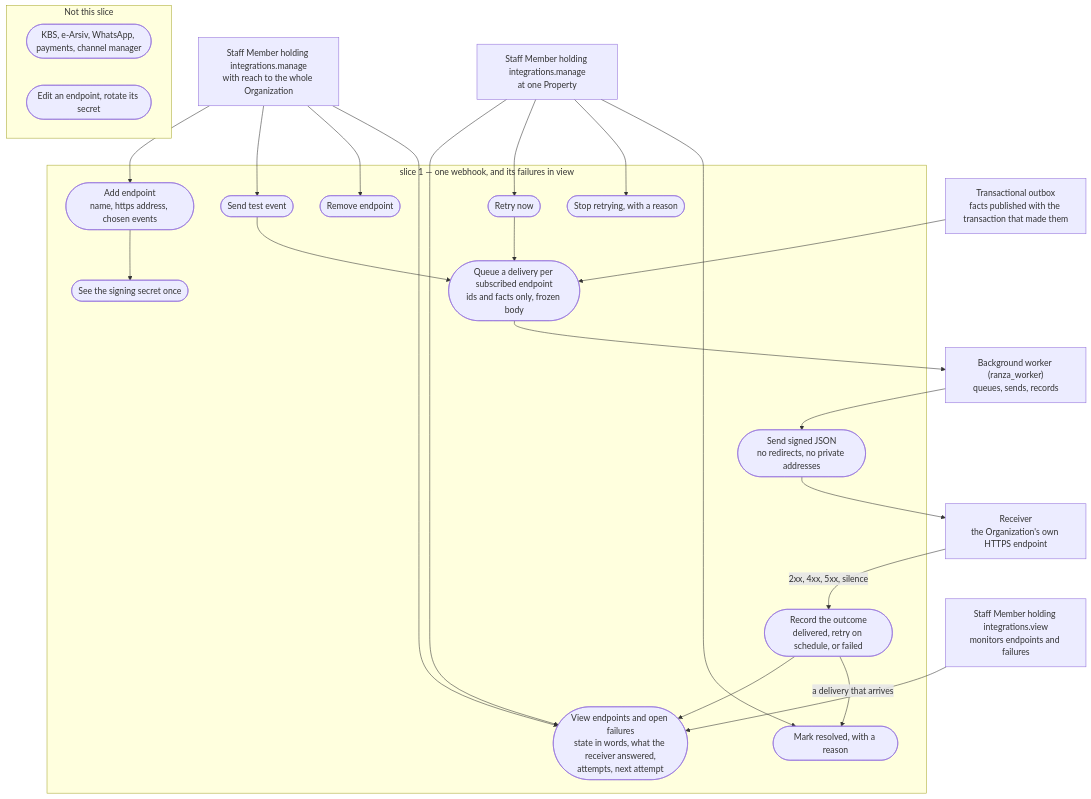
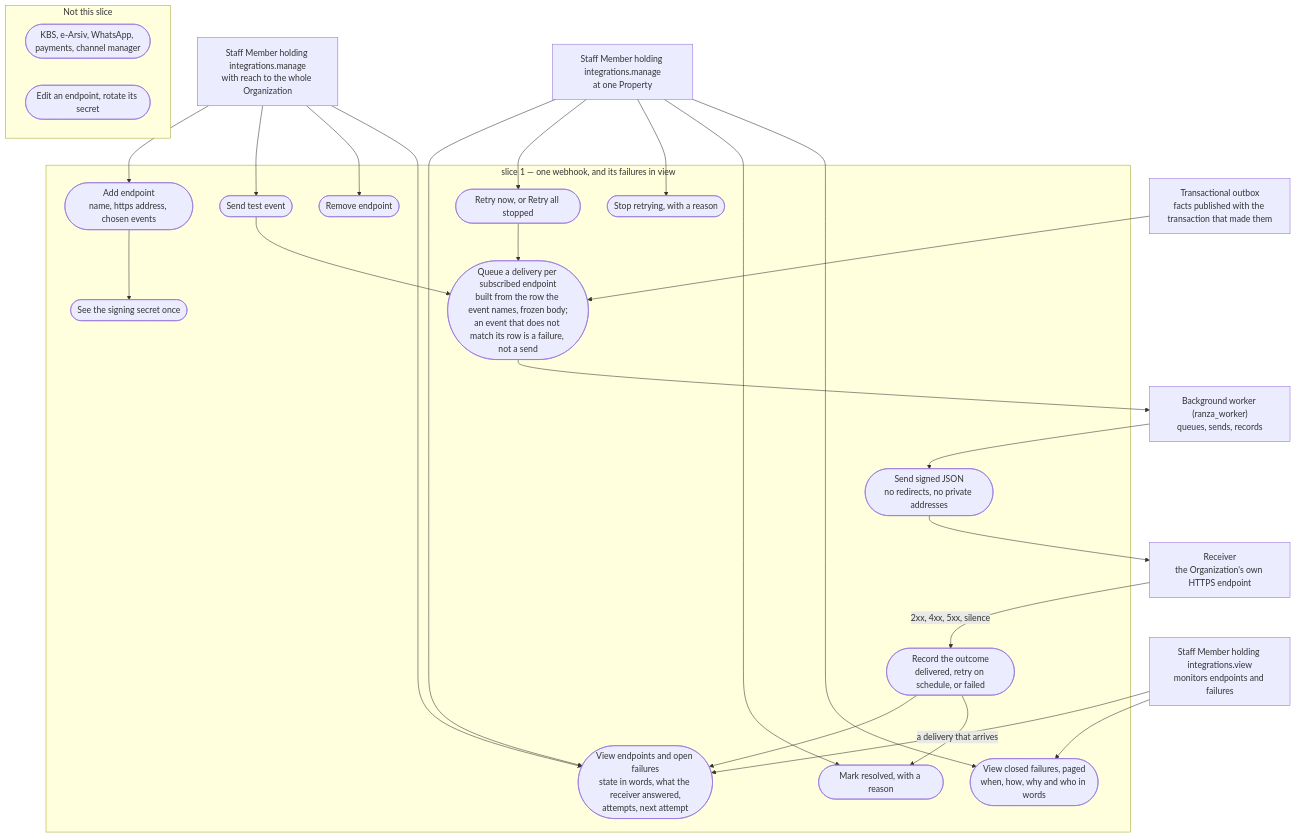
One commit to prizic/ranza changed the diagram in docs/features/integrations/use-case.mmd. Above: the diagram before and after it, drawn with Mermaid. The commit also changed 7 other files, not shown here.

```diff
--- a/docs/features/integrations/use-case.mmd
+++ b/docs/features/integrations/use-case.mmd
@@ -1,53 +1,56 @@
 %% Slices decide implementation order:
 %%   s1 one integration, an outbound webhook: register an endpoint, deliver signed events, show failures, retry
 %%   s2 not built: other connectors (INT-DEF-05), an endpoint per Property (INT-DEF-06), editing and rotating (INT-DEF-01/02)
 %% Refusals and contention are test cases, not use cases: they are rows in edge-cases.csv.
 %% State transitions are in states.mmd.
 flowchart TD
 
   MANAGER["Staff Member holding integrations.manage<br/>with reach to the whole Organization"]
   PROPERTY_MANAGER["Staff Member holding integrations.manage<br/>at one Property"]
   VIEWER["Staff Member holding integrations.view<br/>monitors endpoints and failures"]
   OUTBOX["Transactional outbox<br/>facts published with the transaction that made them"]
   WORKER["Background worker (ranza_worker)<br/>queues, sends, records"]
   RECEIVER["Receiver<br/>the Organization's own HTTPS endpoint"]
 
   subgraph S1["slice 1 &mdash; one webhook, and its failures in view"]
     REGISTER(["Add endpoint<br/>name, https address, chosen events"])
     SECRET(["See the signing secret once"])
     TEST(["Send test event"])
     REMOVE(["Remove endpoint"])
     LIST(["View endpoints and open failures<br/>state in words, what the receiver answered,<br/>attempts, next attempt"])
-    QUEUE(["Queue a delivery per subscribed endpoint<br/>ids and facts only, frozen body"])
+    QUEUE(["Queue a delivery per subscribed endpoint<br/>built from the row the event names, frozen body;<br/>an event that does not match its row is a failure, not a send"])
     SEND(["Send signed JSON<br/>no redirects, no private addresses"])
     RECORD(["Record the outcome<br/>delivered, retry on schedule, or failed"])
-    RETRY(["Retry now"])
+    RETRY(["Retry now, or Retry all stopped"])
+    CLOSED(["View closed failures, paged<br/>when, how, why and who in words"])
     CANCEL(["Stop retrying, with a reason"])
     RESOLVE(["Mark resolved, with a reason"])
   end
 
   subgraph S2["Not this slice"]
     CONNECTORS(["KBS, e-Arsiv, WhatsApp, payments, channel manager"])
     EDIT(["Edit an endpoint, rotate its secret"])
   end
 
   MANAGER --> REGISTER
   REGISTER --> SECRET
   MANAGER --> TEST
   MANAGER --> REMOVE
   MANAGER --> LIST
   PROPERTY_MANAGER --> LIST
   PROPERTY_MANAGER --> RETRY
   PROPERTY_MANAGER --> CANCEL
   PROPERTY_MANAGER --> RESOLVE
   VIEWER --> LIST
+  VIEWER --> CLOSED
+  PROPERTY_MANAGER --> CLOSED
 
   OUTBOX --> QUEUE
   TEST --> QUEUE
   QUEUE --> WORKER
   WORKER --> SEND
   SEND --> RECEIVER
   RECEIVER -- "2xx, 4xx, 5xx, silence" --> RECORD
   RECORD --> LIST
   RETRY --> QUEUE
   RECORD -- "a delivery that arrives" --> RESOLVE
```
